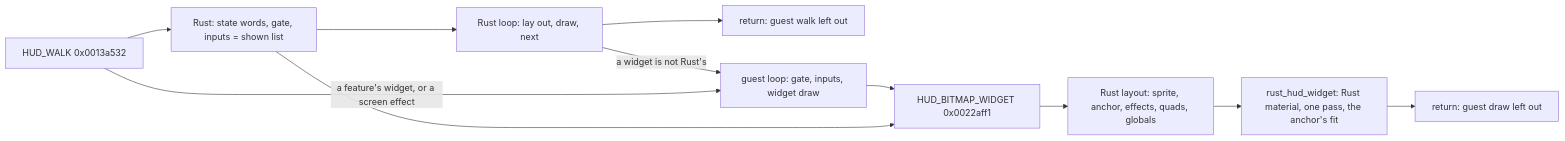
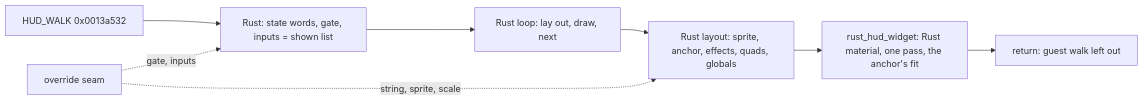
One commit to 0xdeafcafe/h2r changed the third of 5 diagrams in docs/graphics/native-hud-overlay.md. Above: the diagram before and after it, drawn with Mermaid. The commit also changed other lines of this file and 16 other files, not shown here.

First line of the commit message:
HUD walk: an override seam for features; the guest fallback machinery is deleted

````diff
--- a/docs/graphics/native-hud-overlay.md
+++ b/docs/graphics/native-hud-overlay.md
@@ -109,13 +109,10 @@
 ```mermaid
 flowchart LR
   W[HUD_WALK 0x0013a532] --> S[Rust: state words, gate, inputs = shown list]
+  Q[override seam] -.->|gate, inputs| S
   S --> O[Rust loop: lay out, draw, next]
-  O --> R[return: guest walk left out]
-  O -->|a widget is not Rust's| G
-  W -->|a feature's widget, or a screen effect| G[guest loop: gate, inputs, widget draw]
-  G --> B[HUD_BITMAP_WIDGET 0x0022aff1]
-  S --> B
-  B --> L[Rust layout: sprite, anchor, effects, quads, globals]
+  Q -.->|string, sprite, scale| L
+  O --> L[Rust layout: sprite, anchor, effects, quads, globals]
   L --> H[rust_hud_widget: Rust material, one pass, the anchor's fit]
-  H --> X[return: guest draw left out]
+  H --> R[return: guest walk left out]
 ```
````
